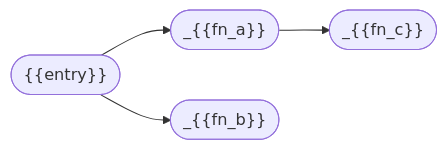
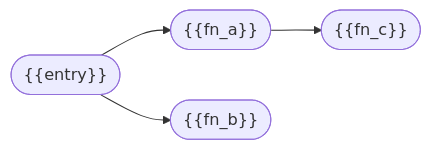
Before and after one commit to Yokochi513/Tsukena: the first of 2 diagrams in .claude/skills/generate-module-design/templates/function_module.md, drawn with Mermaid. The commit also changed other lines of this file and 11 other files, not shown here.

````diff
--- a/.claude/skills/generate-module-design/templates/function_module.md
+++ b/.claude/skills/generate-module-design/templates/function_module.md
@@ -30,9 +34,9 @@
 ```mermaid
 flowchart LR
     E(["{{entry}}"])
 
-    E --> A(["_{{fn_a}}"])
-    E --> B(["_{{fn_b}}"])
+    E --> A(["{{fn_a}}"])
+    E --> B(["{{fn_b}}"])
 
-    A --> C(["_{{fn_c}}"])
+    A --> C(["{{fn_c}}"])
 ```
````
